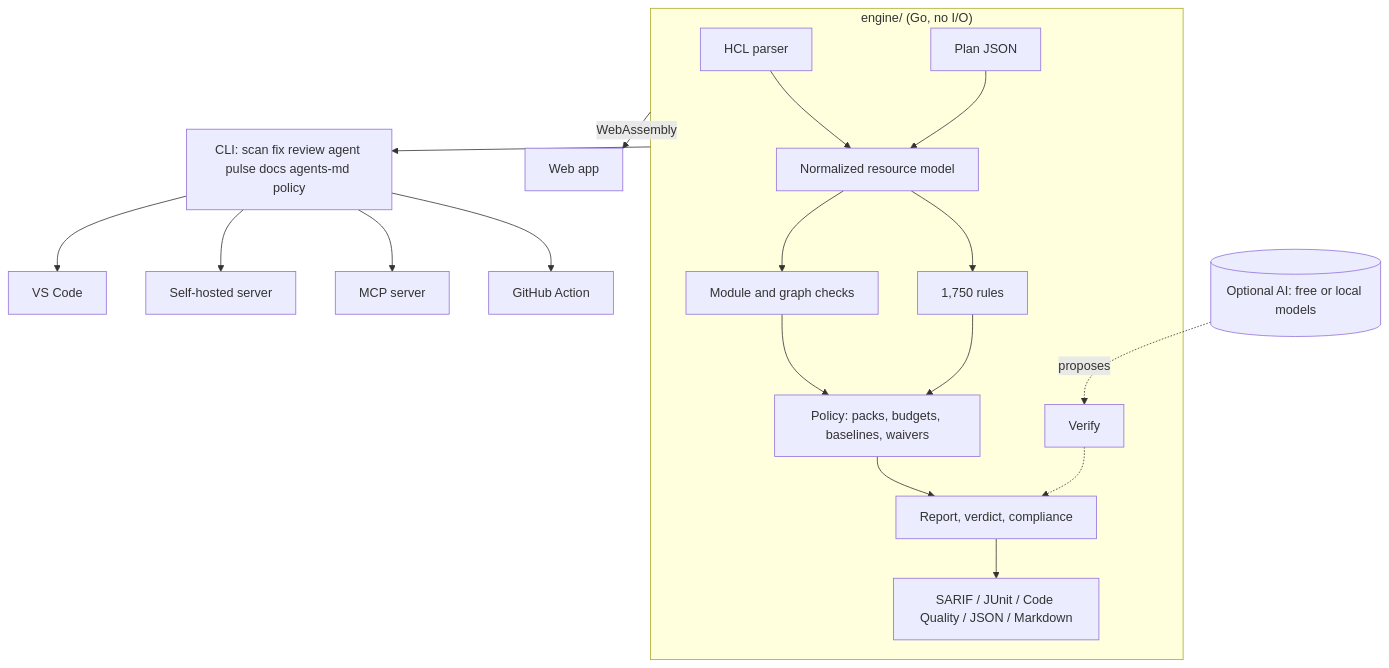
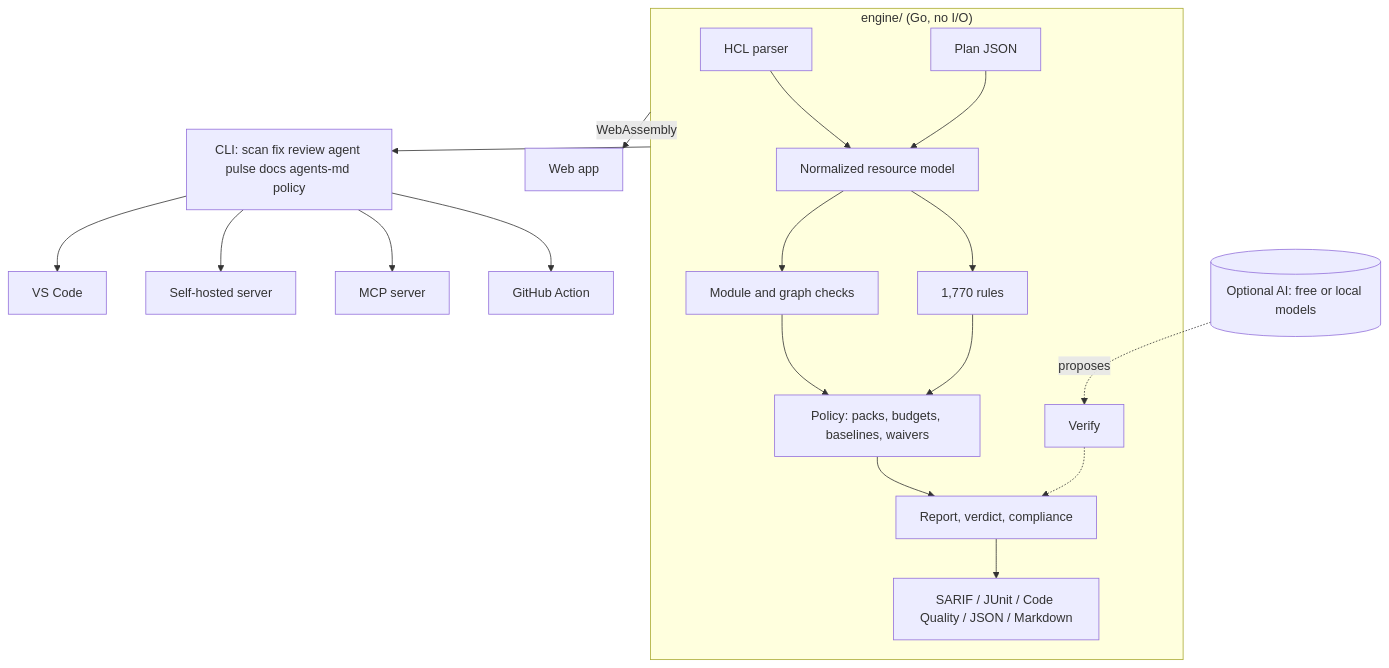
Before and after one commit to Karthik-099/TERRAGUARD: the second of 2 diagrams in README.md, drawn with Mermaid. The commit also changed other lines of this file and 64 other files, not shown here.

````diff
--- a/README.md
+++ b/README.md
@@ -172,16 +182,16 @@
 ```mermaid
 flowchart TB
   subgraph Engine["engine/ (Go, no I/O)"]
     P[HCL parser] --> N[Normalized resource model]
     PL[Plan JSON] --> N
-    N --> R[1,750 rules] & M[Module and graph checks]
+    N --> R[1,770 rules] & M[Module and graph checks]
     R & M --> POL[Policy: packs, budgets, baselines, waivers]
     POL --> REP[Report, verdict, compliance]
     REP --> OUT[SARIF / JUnit / Code Quality / JSON / Markdown]
     V[Verify] -.-> REP
   end
   Engine -->|WebAssembly| WEB[Web app]
   Engine --> CLI[CLI: scan fix review agent pulse docs agents-md policy]
   CLI --> ACT[GitHub Action] & MCP[MCP server] & SRV[Self-hosted server] & VSC[VS Code]
   AI[(Optional AI: free or local models)] -. proposes .-> V
 ```
````
